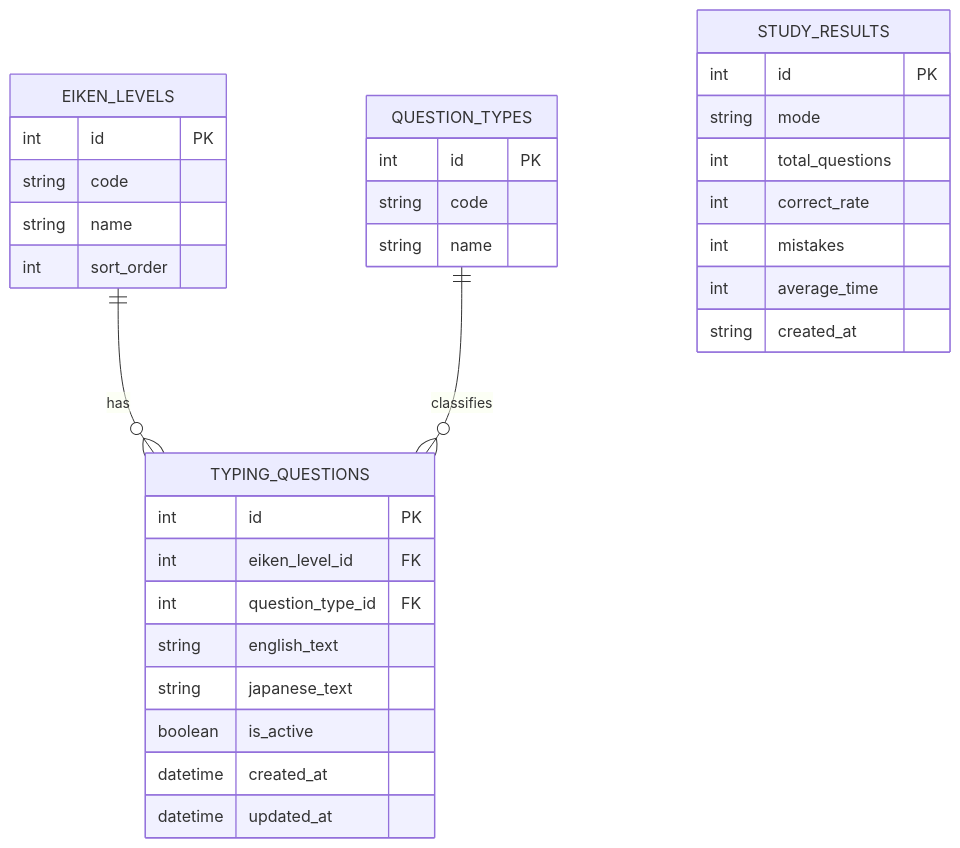
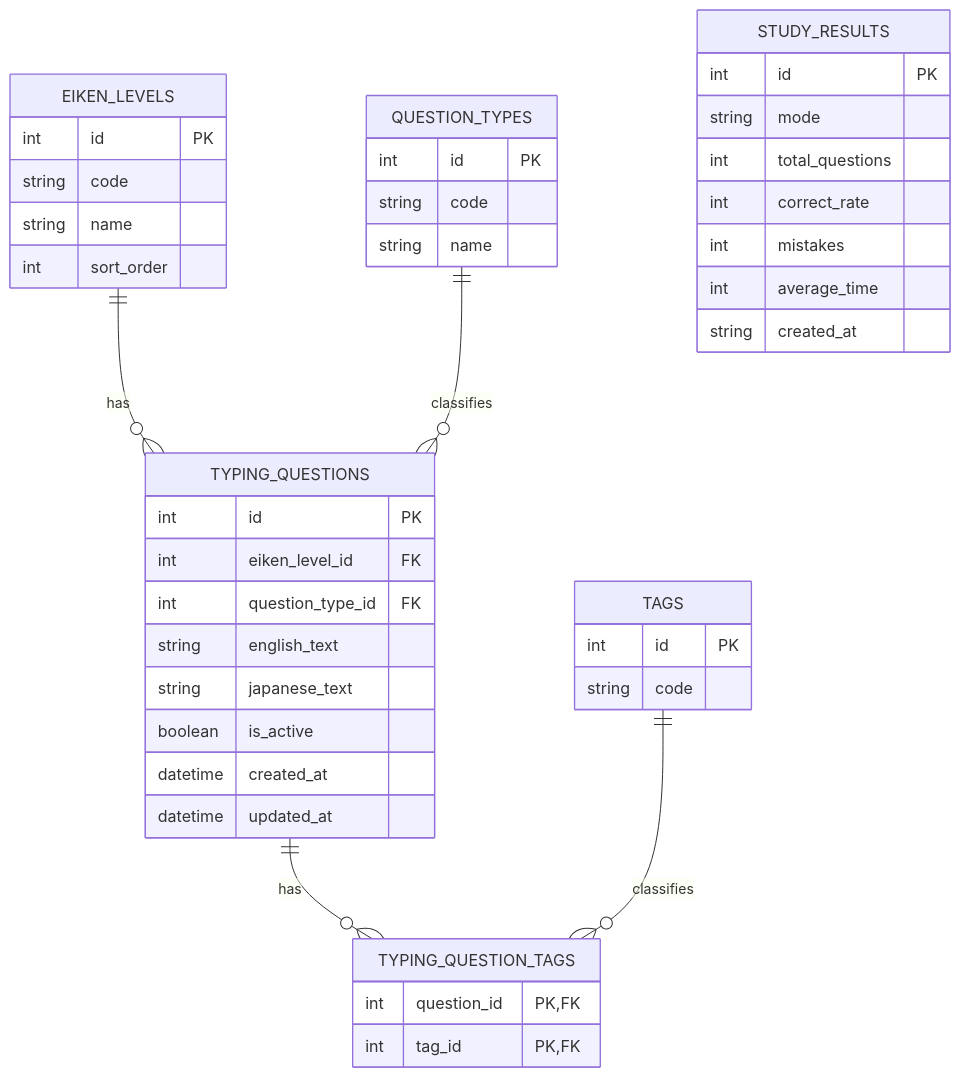
The diagram in docs/backend-er.md (tokitaku/typing-app), drawn with Mermaid before and after one commit. The commit also changed other lines of this file and 21 other files, not shown here.

````diff
--- a/docs/backend-er.md
+++ b/docs/backend-er.md
@@ -5,39 +5,51 @@
 ```mermaid
 erDiagram
     EIKEN_LEVELS ||--o{ TYPING_QUESTIONS : has
     QUESTION_TYPES ||--o{ TYPING_QUESTIONS : classifies
+    TYPING_QUESTIONS ||--o{ TYPING_QUESTION_TAGS : has
+    TAGS ||--o{ TYPING_QUESTION_TAGS : classifies
 
     EIKEN_LEVELS {
         int id PK
         string code
         string name
         int sort_order
     }
 
     QUESTION_TYPES {
         int id PK
         string code
         string name
     }
 
     TYPING_QUESTIONS {
         int id PK
         int eiken_level_id FK
         int question_type_id FK
         string english_text
         string japanese_text
         boolean is_active
         datetime created_at
         datetime updated_at
     }
 
+    TAGS {
+        int id PK
+        string code
+    }
+
+    TYPING_QUESTION_TAGS {
+        int question_id PK, FK
+        int tag_id PK, FK
+    }
+
     STUDY_RESULTS {
         int id PK
         string mode
         int total_questions
         int correct_rate
         int mistakes
         int average_time
         string created_at
     }
 ```
````
